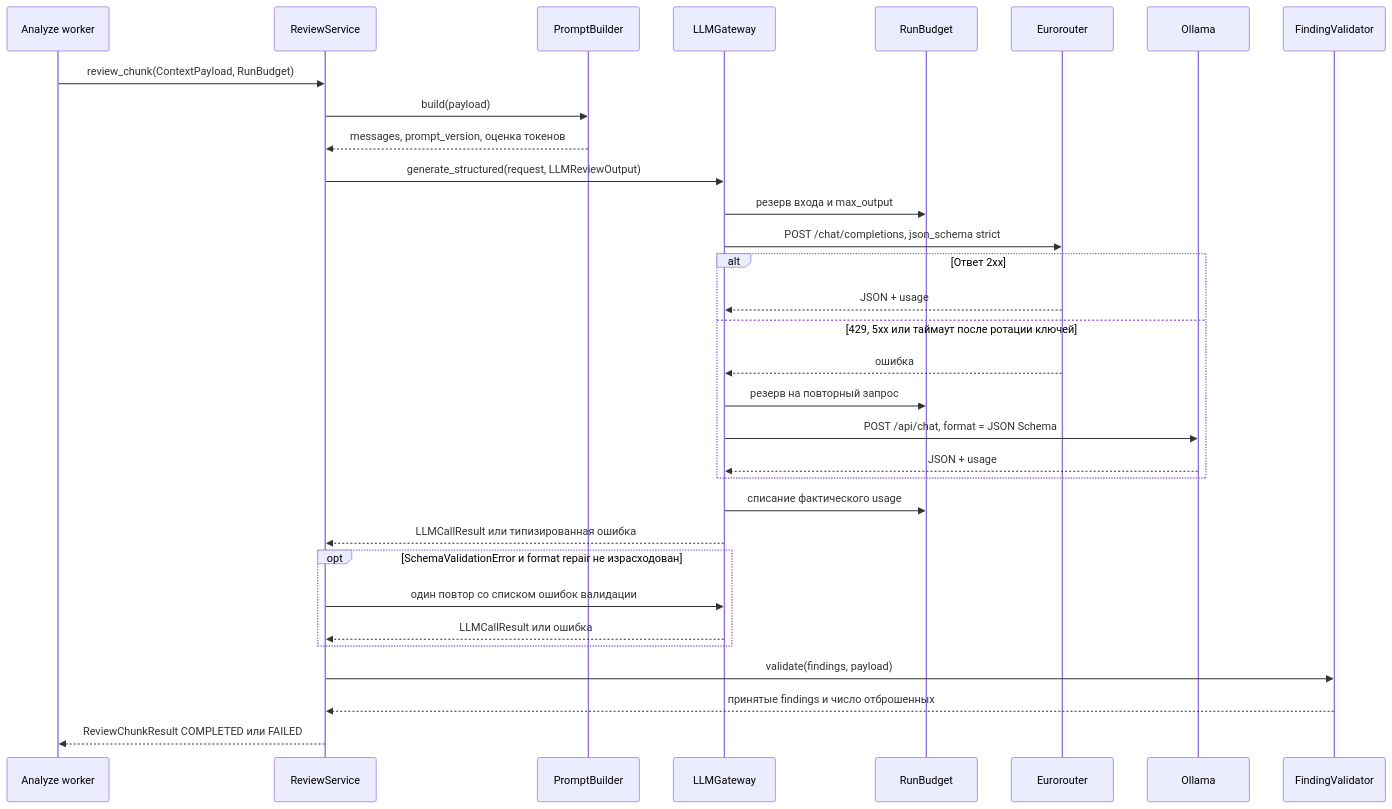
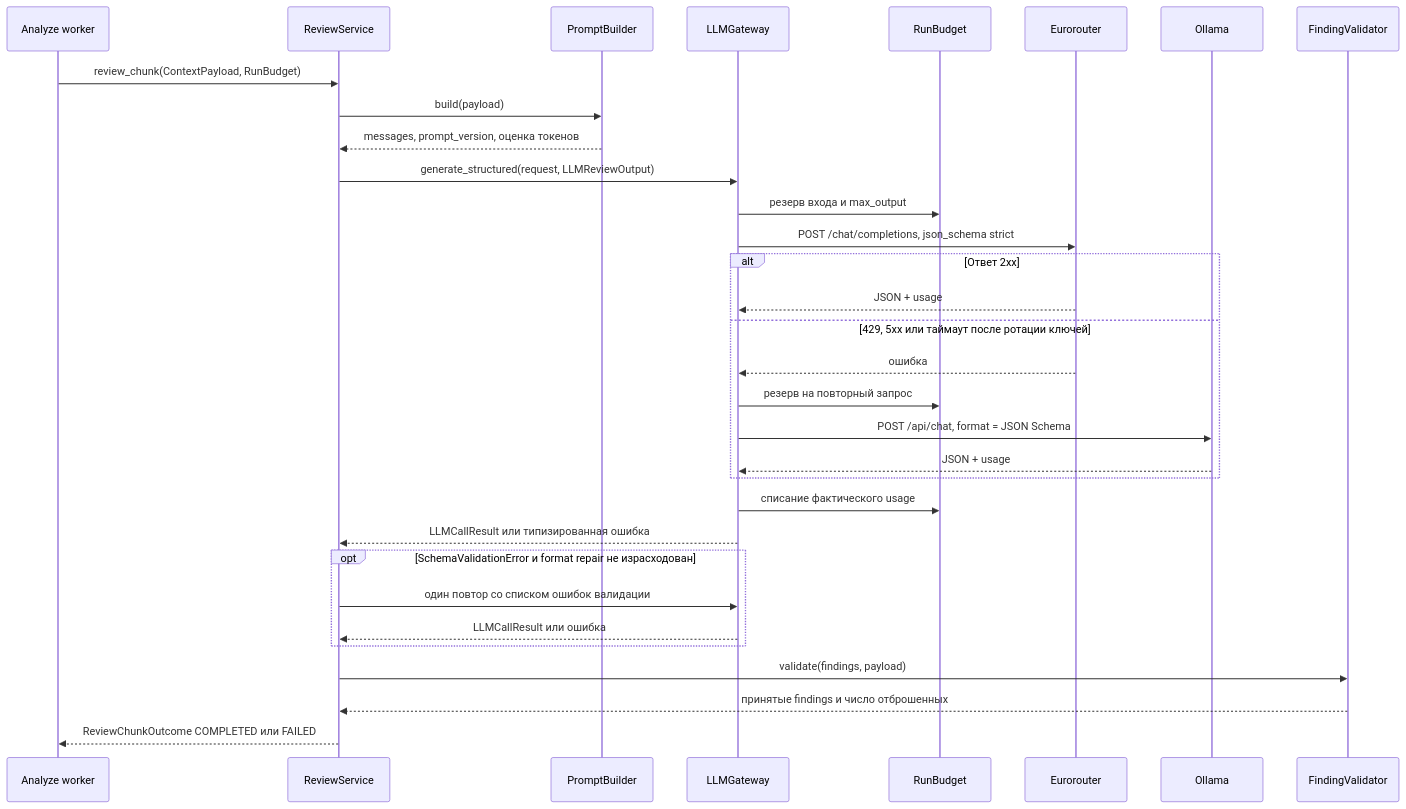
One commit to larchanka-training/dmc-268-api-t2 changed the third of 3 diagrams in docs/llm-gateway-review-pipeline.md. Above: the diagram before and after it, drawn with Mermaid. The commit also changed other lines of this file and 8 other files, not shown here.

First line of the commit message:
refactor: align ContextPayload with canonical schema and reuse domain enums

````diff
--- a/docs/llm-gateway-review-pipeline.md
+++ b/docs/llm-gateway-review-pipeline.md
@@ -162,35 +162,35 @@
 ```mermaid
 sequenceDiagram
     participant W as Analyze worker
     participant S as ReviewService
     participant P as PromptBuilder
     participant G as LLMGateway
     participant B as RunBudget
     participant E as Eurorouter
     participant O as Ollama
     participant V as FindingValidator
 
     W->>S: review_chunk(ContextPayload, RunBudget)
     S->>P: build(payload)
     P-->>S: messages, prompt_version, оценка токенов
     S->>G: generate_structured(request, LLMReviewOutput)
     G->>B: резерв входа и max_output
     G->>E: POST /chat/completions, json_schema strict
     alt Ответ 2xx
         E-->>G: JSON + usage
     else 429, 5xx или таймаут после ротации ключей
         E-->>G: ошибка
         G->>B: резерв на повторный запрос
         G->>O: POST /api/chat, format = JSON Schema
         O-->>G: JSON + usage
     end
     G->>B: списание фактического usage
     G-->>S: LLMCallResult или типизированная ошибка
     opt SchemaValidationError и format repair не израсходован
         S->>G: один повтор со списком ошибок валидации
         G-->>S: LLMCallResult или ошибка
     end
     S->>V: validate(findings, payload)
     V-->>S: принятые findings и число отброшенных
-    S-->>W: ReviewChunkResult COMPLETED или FAILED
+    S-->>W: ReviewChunkOutcome COMPLETED или FAILED
 ```
````
